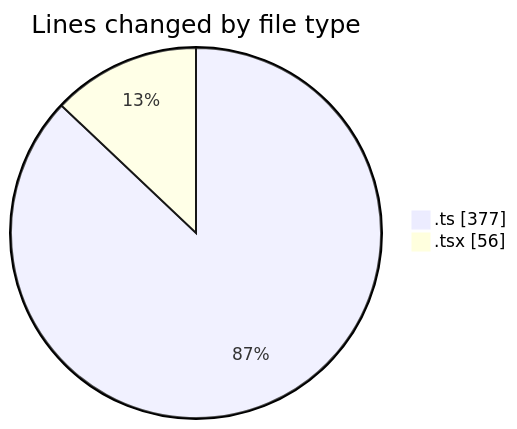
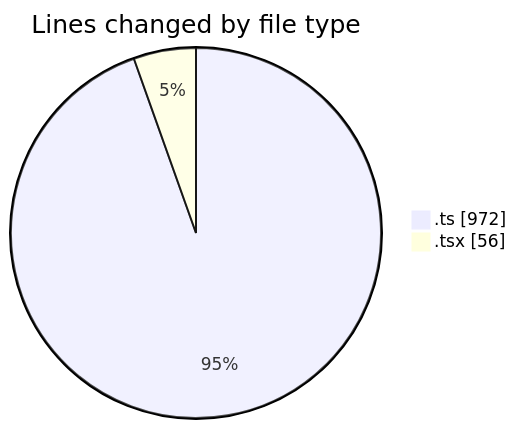
The first of 2 diagrams in 2025-06-22/archive/README.md (JenPaints/code-tracking), drawn with Mermaid before and after one commit. The commit also changed other lines of this file and 1 other file, not shown here.

````diff
--- a/2025-06-22/archive/README.md
+++ b/2025-06-22/archive/README.md
@@ -21,6 +22,6 @@
 ```mermaid
 pie showData
 title Lines changed by file type
-".ts" : 377
+".ts" : 972
 ".tsx" : 56
 ```
````
